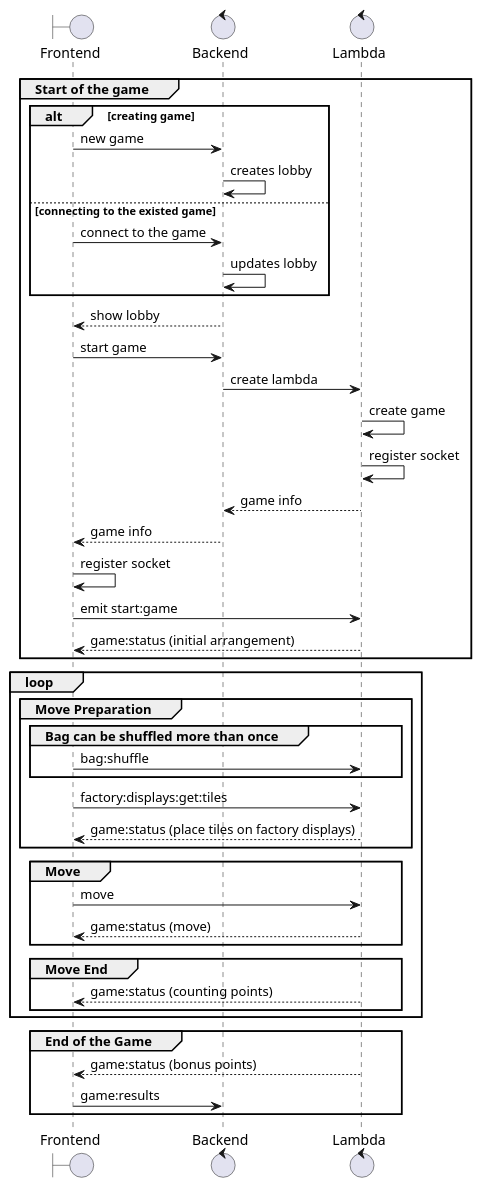
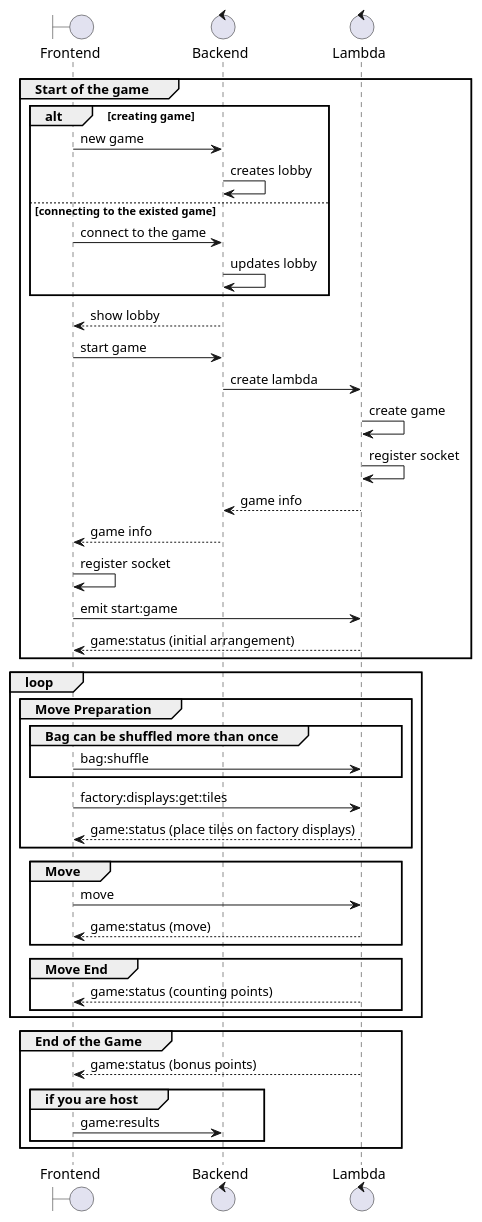
Before and after one commit to ArtemNikolaev/azul: the diagram in design/game-process.puml, drawn with PlantUML. The commit also changed 1 other file, not shown here.

```diff
--- a/design/game-process.puml
+++ b/design/game-process.puml
@@ -1,55 +1,57 @@
 @startuml
 
 boundary Frontend as fe order 10
 control Backend as be order 20
 control Lambda as l order 30
 
 group Start of the game
     alt creating game
         fe -> be: new game
         be -> be: creates lobby
     else connecting to the existed game
         fe -> be: connect to the game
         be -> be: updates lobby
     end
     be --> fe:  show lobby
 
     fe -> be: start game
 
     be -> l: create lambda
     l -> l: create game
     l -> l: register socket
     l --> be: game info
     be --> fe:  game info
     fe -> fe:  register socket
 
 
     fe -> l: emit start:game
     l --> fe:  game:status (initial arrangement)
 end
 
 loop
     group Move Preparation
         group Bag can be shuffled more than once
             fe -> l: bag:shuffle
         end
         fe -> l: factory:displays:get:tiles
         l --> fe:  game:status (place tiles on factory displays)
     end
 
     group Move
         fe -> l: move
         l --> fe:  game:status (move)
     end
 
     group Move End
         l --> fe:  game:status (counting points)
     end
 end
 
 group End of the Game
     l --> fe:  game:status (bonus points)
-    fe -> be: game:results
+    group if you are host
+        fe -> be: game:results
+    end
 end
 
 @enduml
```
